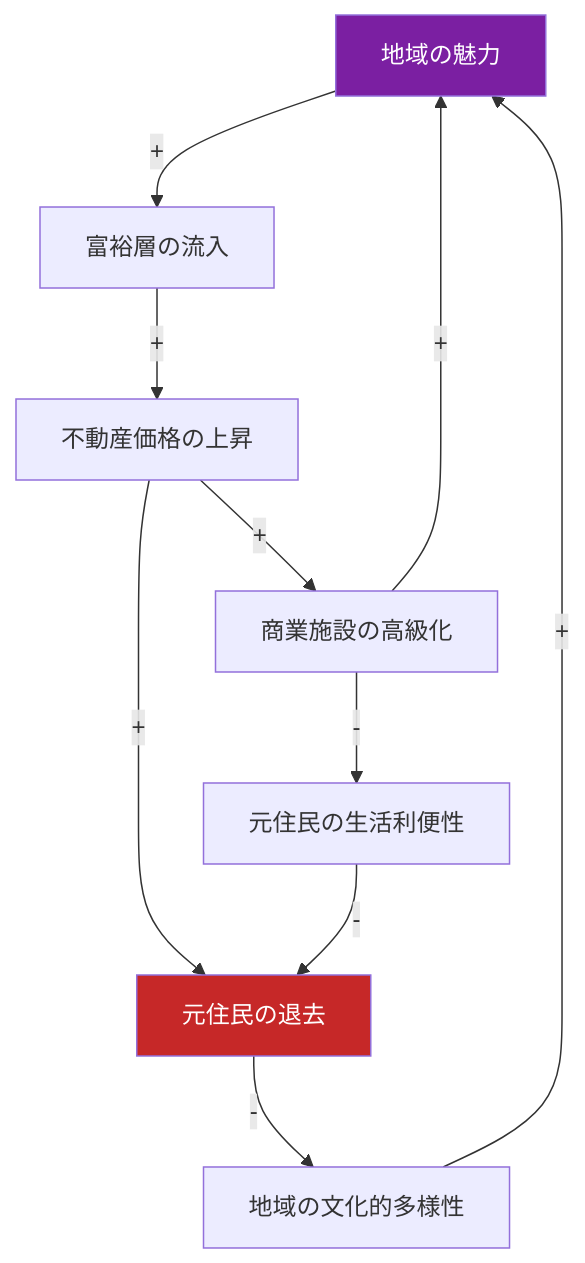
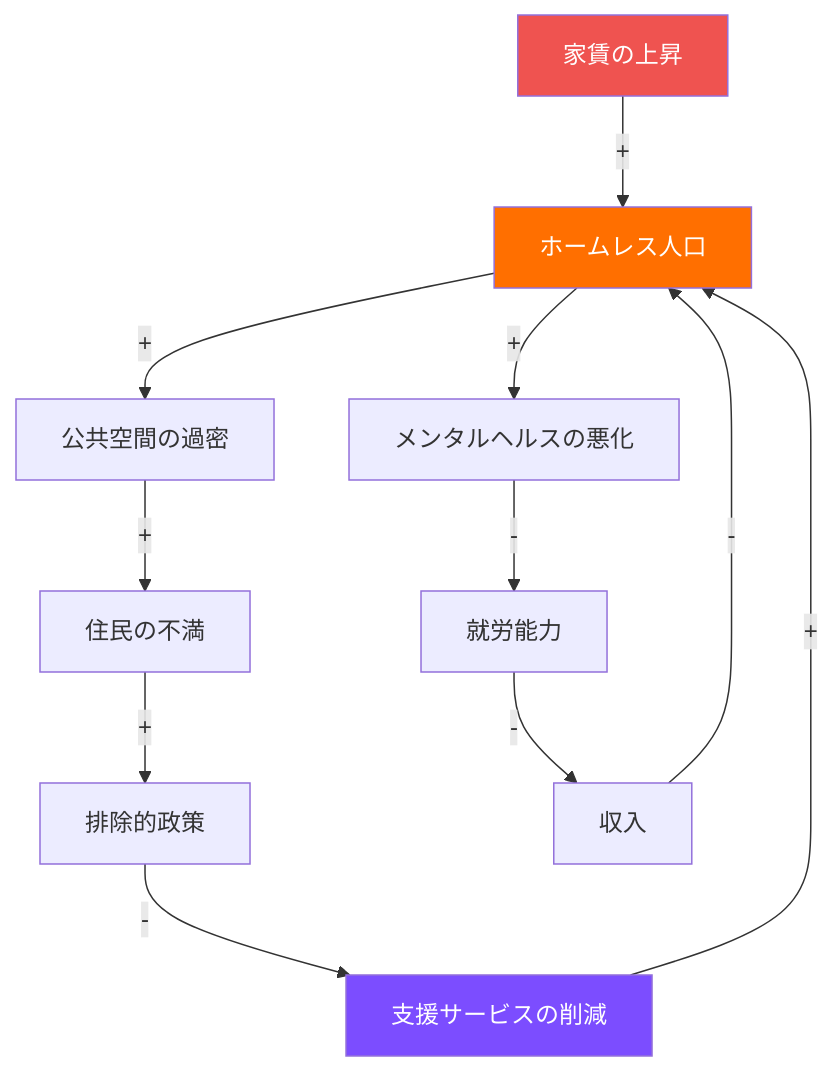
The third of 6 diagrams in docs/books/03-social-transformation/ch04-systems-thinking.md (Hide-nu/Designer-curriculum), drawn with Mermaid before and after one commit. The commit also changed other lines of this file and 13 other files, not shown here.

````diff
--- a/docs/books/03-social-transformation/ch04-systems-thinking.md
+++ b/docs/books/03-social-transformation/ch04-systems-thinking.md
@@ -76,16 +76,16 @@
-```mermaid
-graph TD
-    A[地域の魅力] -->|+| B[富裕層の流入]
-    B -->|+| C[不動産価格の上昇]
-    C -->|+| D[元住民の退去]
-    D -->|-| E[地域の文化的多様性]
-    E -->|+| A
-
-    C -->|+| F[商業施設の高級化]
-    F -->|+| A
-    F -->|-| G[元住民の生活利便性]
-    G -->|-| D
-
-    style A fill:#7b1fa2,color:#fff
-    style D fill:#c62828,color:#fff
-```
+    ```mermaid
+    graph TD
+        A[家賃の上昇] -->|+| B[ホームレス人口]
+        B -->|+| C[公共空間の過密]
+        C -->|+| D[住民の不満]
+        D -->|+| E[排除的政策]
+        E -->|-| F[支援サービスの削減]
+        F -->|+| B
+        B -->|+| G[メンタルヘルスの悪化]
+        G -->|-| H[就労能力]
+        H -->|-| I[収入]
+        I -->|-| B
+        style A fill:#ef5350,color:#fff
+        style B fill:#ff6f00,color:#fff
+        style F fill:#7c4dff,color:#fff
+    ```
````
